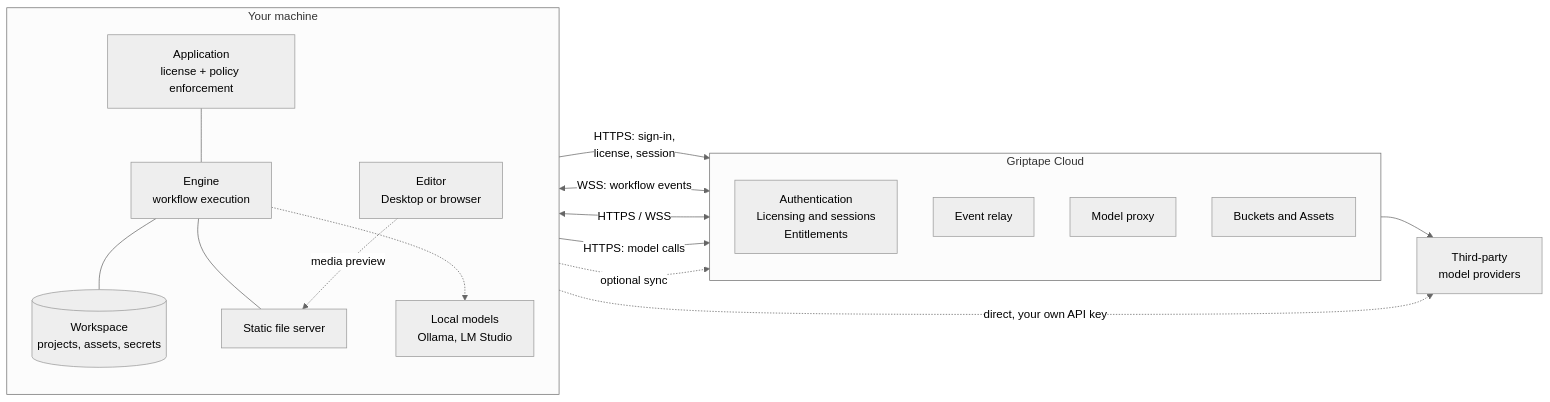
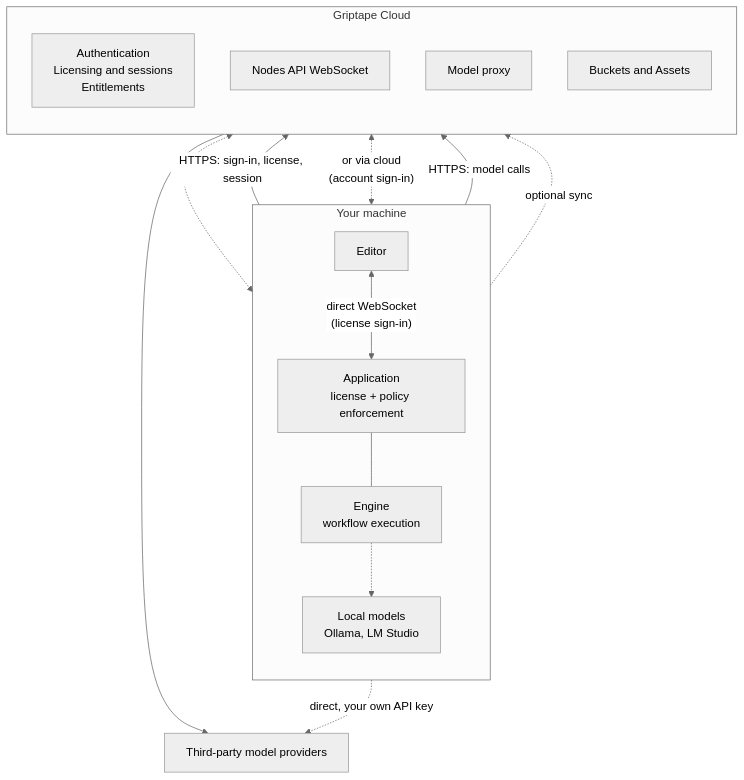
The first of 2 diagrams in docs/architecture.md (griptape-ai/griptape-nodes-engine), drawn with Mermaid (neutral theme) before and after one commit. The commit also changed other lines of this file and 1 other file, not shown here.

First line of the commit message:
docs: revise architecture page per review feedback

````diff
--- a/docs/architecture.md
+++ b/docs/architecture.md
@@ -45,35 +64,31 @@
 ```mermaid
-flowchart LR
+flowchart TB
     subgraph machine["Your machine"]
         direction TB
-        editor["Editor<br/>Desktop or browser"]
+        editor["Editor"]
         app["Application<br/>license + policy enforcement"]
         engine["Engine<br/>workflow execution"]
-        static["Static file server"]
-        workspace[("Workspace<br/>projects, assets, secrets")]
         local["Local models<br/>Ollama, LM Studio"]
+        editor <-->|"direct WebSocket<br/>(license sign-in)"| app
         app --- engine
-        engine --- workspace
-        engine --- static
-        editor -.->|"media preview"| static
         engine -.-> local
     end
 
     subgraph cloud["Griptape Cloud"]
         direction TB
         control["Authentication<br/>Licensing and sessions<br/>Entitlements"]
-        relay["Event relay"]
+        wsapi["Nodes API WebSocket"]
         modelproxy["Model proxy"]
         buckets["Buckets and Assets"]
     end
 
-    providers["Third-party<br/>model providers"]
+    providers["Third-party model providers"]
 
-    app -->|"HTTPS: sign-in,<br/>license, session"| control
-    app <-->|"WSS: workflow events"| relay
-    editor <-->|"HTTPS / WSS"| relay
+    app -->|"HTTPS: sign-in, license, session"| control
+    editor <-.->|"or via cloud<br/>(account sign-in)"| wsapi
+    wsapi <-.-> app
     engine -->|"HTTPS: model calls"| modelproxy
     engine -.->|"optional sync"| buckets
     modelproxy --> providers
     engine -.->|"direct, your own API key"| providers
 ```
````
